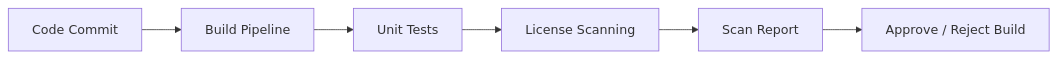
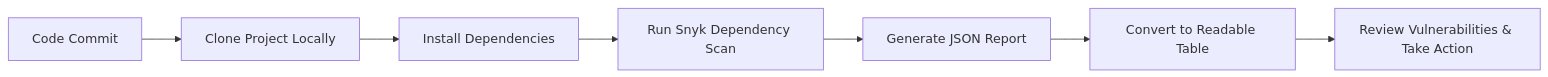
The diagram in Generic CI operation/Licence Scanning/README.md (kawalpreet-kour/MY-DOC), drawn with Mermaid before and after one commit. The commit also changed other lines of this file, not shown here.

````diff
--- a/Generic CI operation/Licence Scanning/README.md
+++ b/Generic CI operation/Licence Scanning/README.md
@@ -56,8 +56,9 @@
 ```mermaid
 flowchart LR
-A[Code Commit] --> B[Build Pipeline]
-B --> C[Unit Tests]
-C --> D[License Scanning]
-D --> E[Scan Report]
-E --> F[Approve / Reject Build]
+A[Code Commit] --> B[Clone Project Locally]
+B --> C[Install Dependencies]
+C --> D[Run Snyk Dependency Scan]
+D --> E[Generate JSON Report]
+E --> F[Convert to Readable Table]
+F --> G[Review Vulnerabilities & Take Action]
 ```
````
